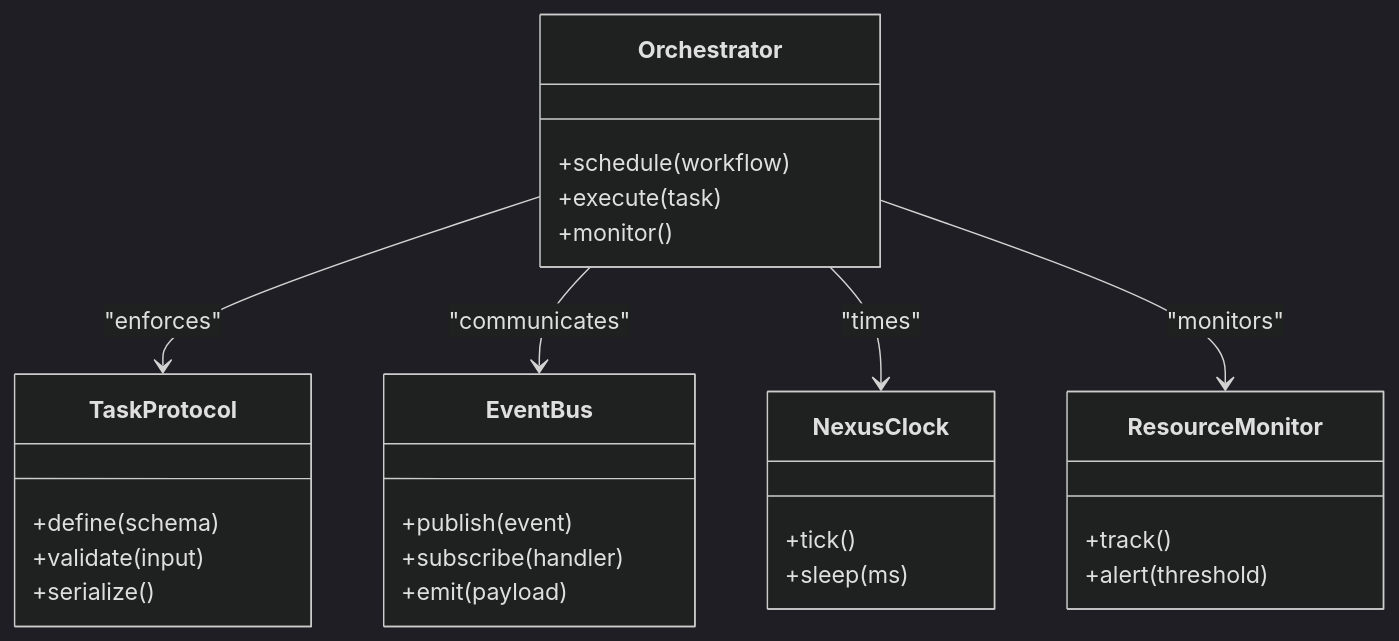
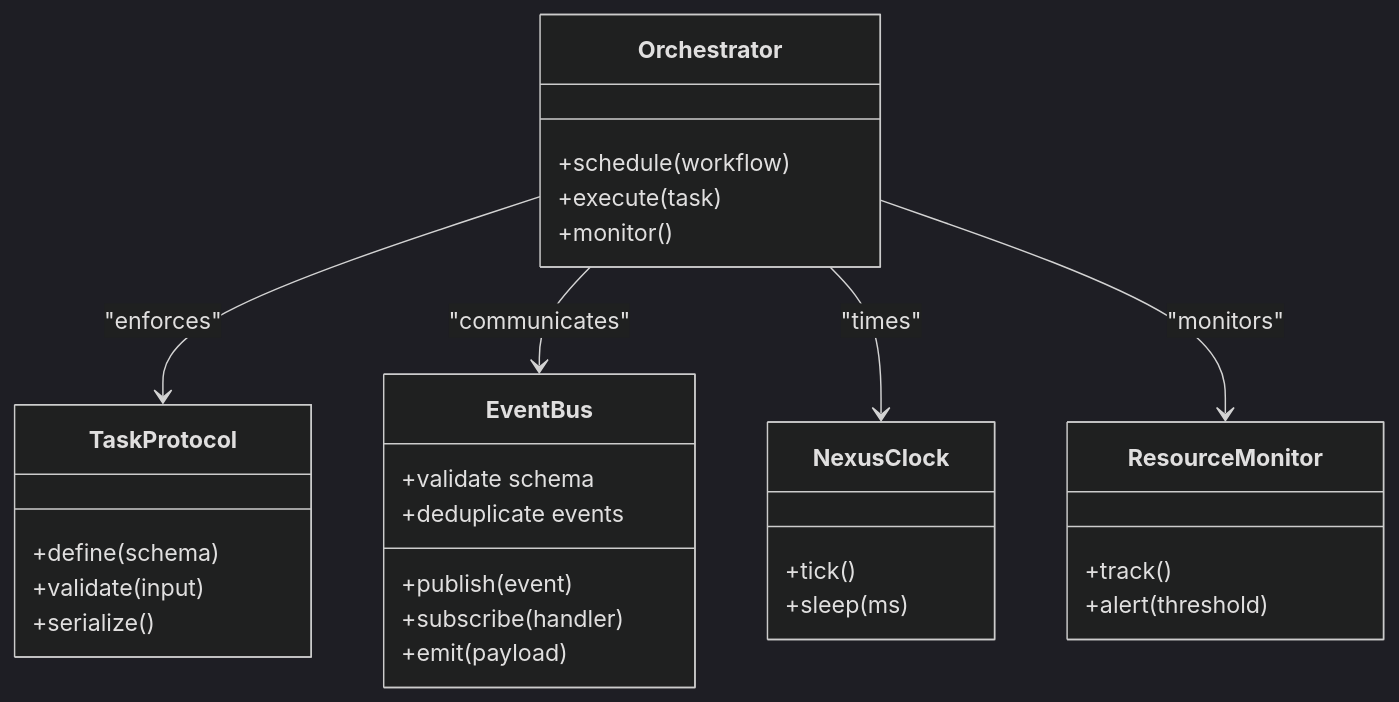
The seventh of 16 diagrams in .qoder/repowiki/en/content/Core Architecture/Core Architecture.md (Faisal-Trainer/Human-AI-Nexus), drawn with Mermaid (dark theme) before and after one commit. The commit also changed other lines of this file and 21 other files, not shown here.

````diff
--- a/.qoder/repowiki/en/content/Core Architecture/Core Architecture.md
+++ b/.qoder/repowiki/en/content/Core Architecture/Core Architecture.md
@@ -330,30 +364,32 @@
 ```mermaid
 classDiagram
 class Orchestrator {
 +schedule(workflow)
 +execute(task)
 +monitor()
 }
 class TaskProtocol {
 +define(schema)
 +validate(input)
 +serialize()
 }
 class EventBus {
 +publish(event)
 +subscribe(handler)
 +emit(payload)
++validate schema
++deduplicate events
 }
 class NexusClock {
 +tick()
 +sleep(ms)
 }
 class ResourceMonitor {
 +track()
 +alert(threshold)
 }
 Orchestrator --> TaskProtocol : "enforces"
 Orchestrator --> EventBus : "communicates"
 Orchestrator --> NexusClock : "times"
 Orchestrator --> ResourceMonitor : "monitors"
 ```
````
